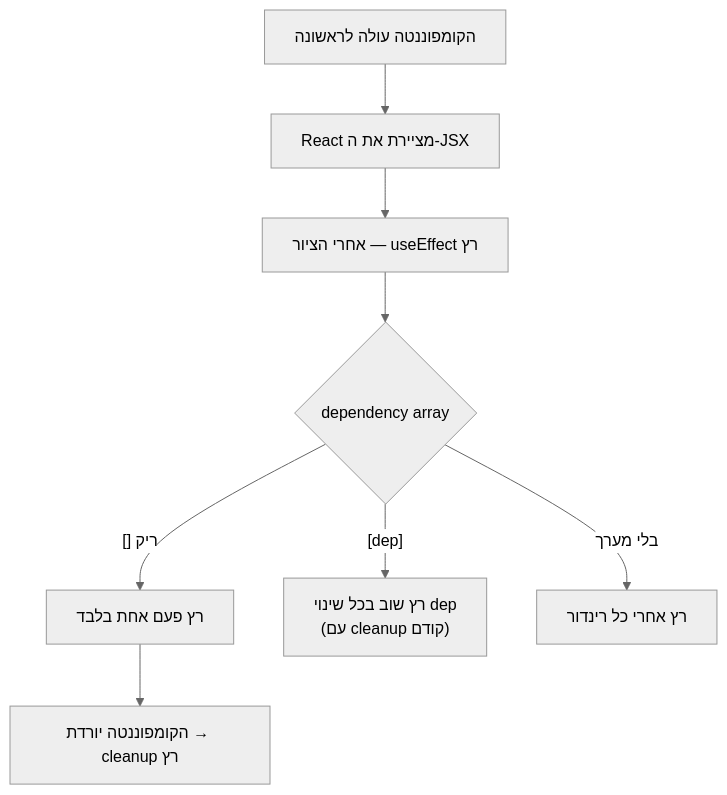
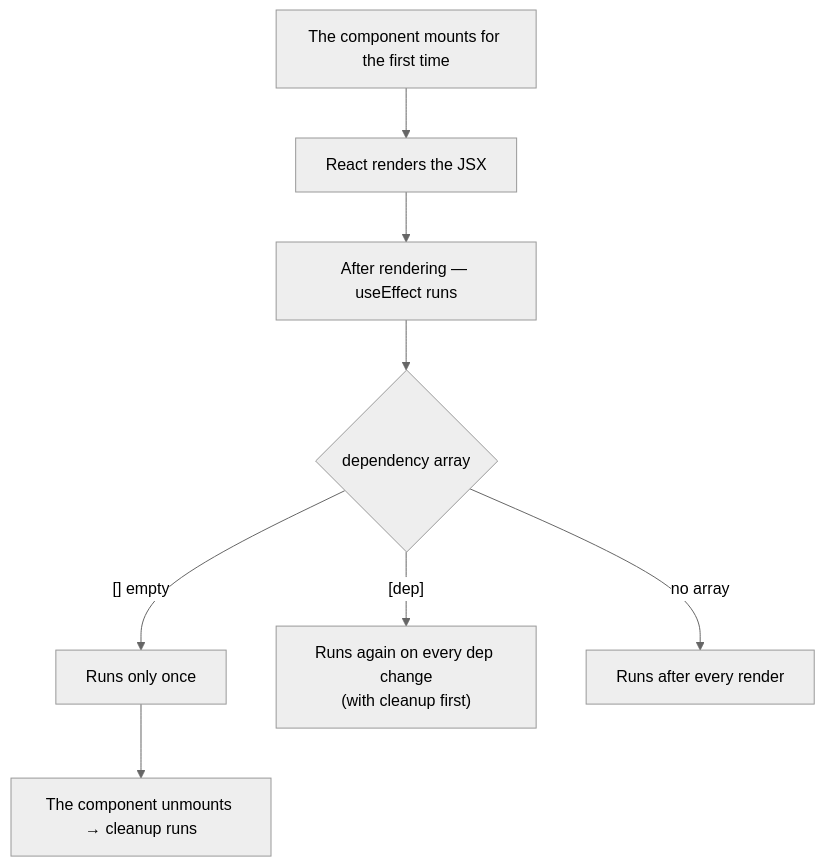
Before and after one commit to neriyaMalachi/FullStack_kodkode_5: the diagram in content/docs/react/94-react-useeffect-content.md, drawn with Mermaid (neutral theme). The commit also changed other lines of this file and 117 other files, not shown here.

````diff
--- a/content/docs/react/94-react-useeffect-content.md
+++ b/content/docs/react/94-react-useeffect-content.md
@@ -49,10 +49,10 @@
 ```mermaid
 flowchart TD
-    A["הקומפוננטה עולה לראשונה"] --> B["React מציירת את ה-JSX"]
-    B --> C["אחרי הציור — useEffect רץ"]
+    A["The component mounts for the first time"] --> B["React renders the JSX"]
+    B --> C["After rendering — useEffect runs"]
     C --> D{"dependency array"}
-    D -->|"[] ריק"| E["רץ פעם אחת בלבד"]
-    D -->|"[dep]"| F["רץ שוב בכל שינוי dep<br/>(עם cleanup קודם)"]
-    D -->|"בלי מערך"| G["רץ אחרי כל רינדור"]
-    E --> H["הקומפוננטה יורדת → cleanup רץ"]
+    D -->|"[] empty"| E["Runs only once"]
+    D -->|"[dep]"| F["Runs again on every dep change<br/>(with cleanup first)"]
+    D -->|"no array"| G["Runs after every render"]
+    E --> H["The component unmounts → cleanup runs"]
 ```
````
